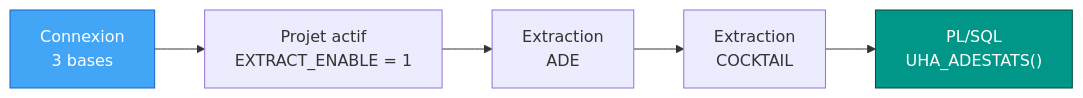
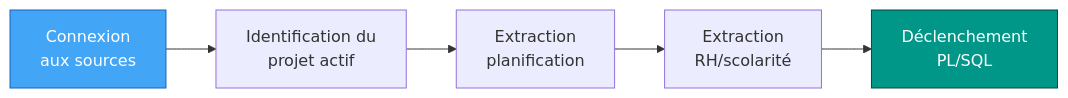
Before and after one commit to gpilliat/adestats-documentation: the second of 2 diagrams in architecture/programme-cpp.md, drawn with Mermaid. The commit also changed other lines of this file, not shown here.

````diff
--- a/architecture/programme-cpp.md
+++ b/architecture/programme-cpp.md
@@ -109,10 +93,10 @@
 ```mermaid
 graph LR
-    C1["Connexion<br/>3 bases"] --> C2["Projet actif<br/>EXTRACT_ENABLE = 1"]
-    C2 --> C3["Extraction<br/>ADE"]
-    C3 --> C4["Extraction<br/>COCKTAIL"]
-    C4 --> C5["PL/SQL<br/>UHA_ADESTATS()"]
+    C1["Connexion<br/>aux sources"] --> C2["Identification du<br/>projet actif"]
+    C2 --> C3["Extraction<br/>planification"]
+    C3 --> C4["Extraction<br/>RH/scolarité"]
+    C4 --> C5["Déclenchement<br/>PL/SQL"]
 
     style C1 fill:#42A5F5,stroke:#1565C0,color:#fff
     style C5 fill:#009688,stroke:#004D40,color:#fff
 ```
````
